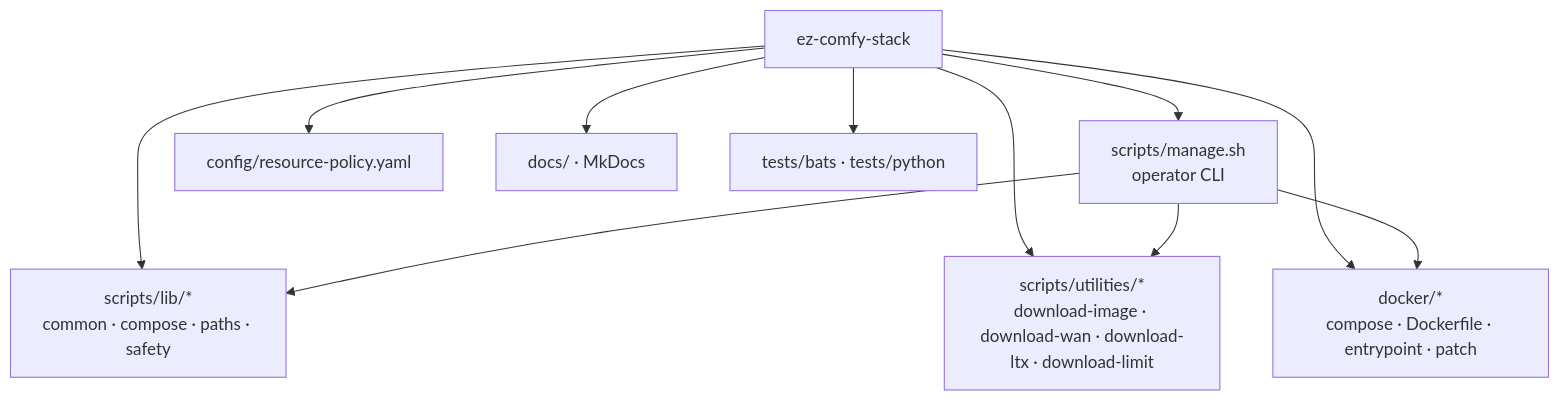
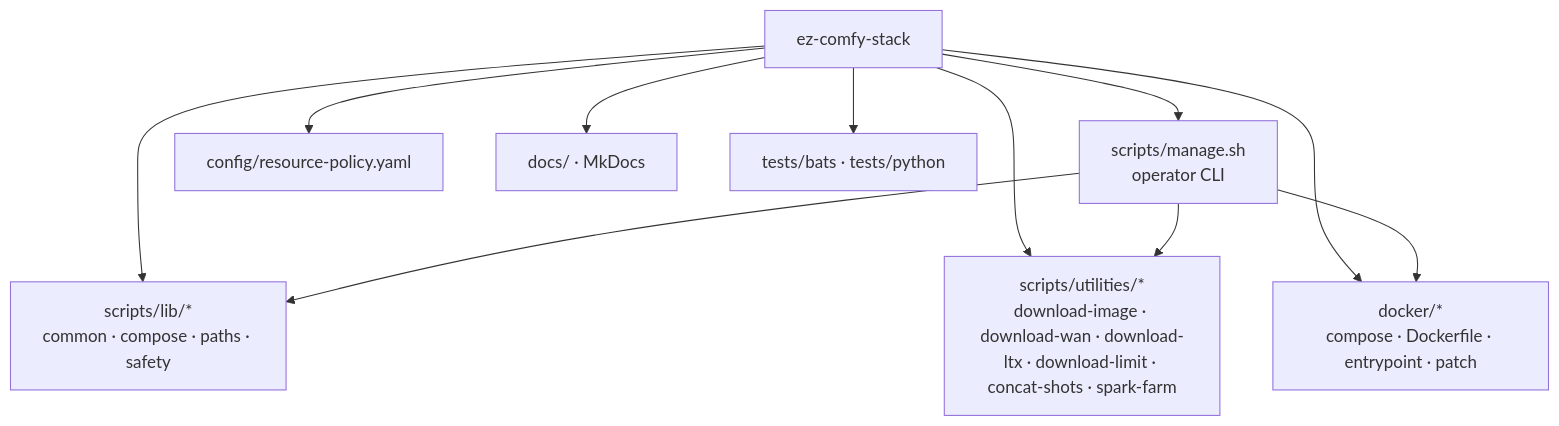
The first of 6 diagrams in docs/project-conventions.md (toxicoder/ez-comfy-stack), drawn with Mermaid before and after one commit. The commit also changed other lines of this file and 16 other files, not shown here.

First line of the commit message:
docs: align operator docs with Klein 4B / Wan 5B / LTX-2.5

````diff
--- a/docs/project-conventions.md
+++ b/docs/project-conventions.md
@@ -37,14 +37,14 @@
 ```mermaid
 flowchart TB
   Root["ez-comfy-stack"]
   Root --> Manage["scripts/manage.sh<br/>operator CLI"]
   Root --> Lib["scripts/lib/*<br/>common · compose · paths · safety"]
-  Root --> Util["scripts/utilities/*<br/>download-image · download-wan · download-ltx · download-limit"]
+  Root --> Util["scripts/utilities/*<br/>download-image · download-wan · download-ltx · download-limit · concat-shots · spark-farm"]
   Root --> Docker["docker/*<br/>compose · Dockerfile · entrypoint · patch"]
   Root --> Cfg["config/resource-policy.yaml"]
   Root --> Docs["docs/ · MkDocs"]
   Root --> Tests["tests/bats · tests/python"]
   Manage --> Lib
   Manage --> Util
   Manage --> Docker
 ```
````
